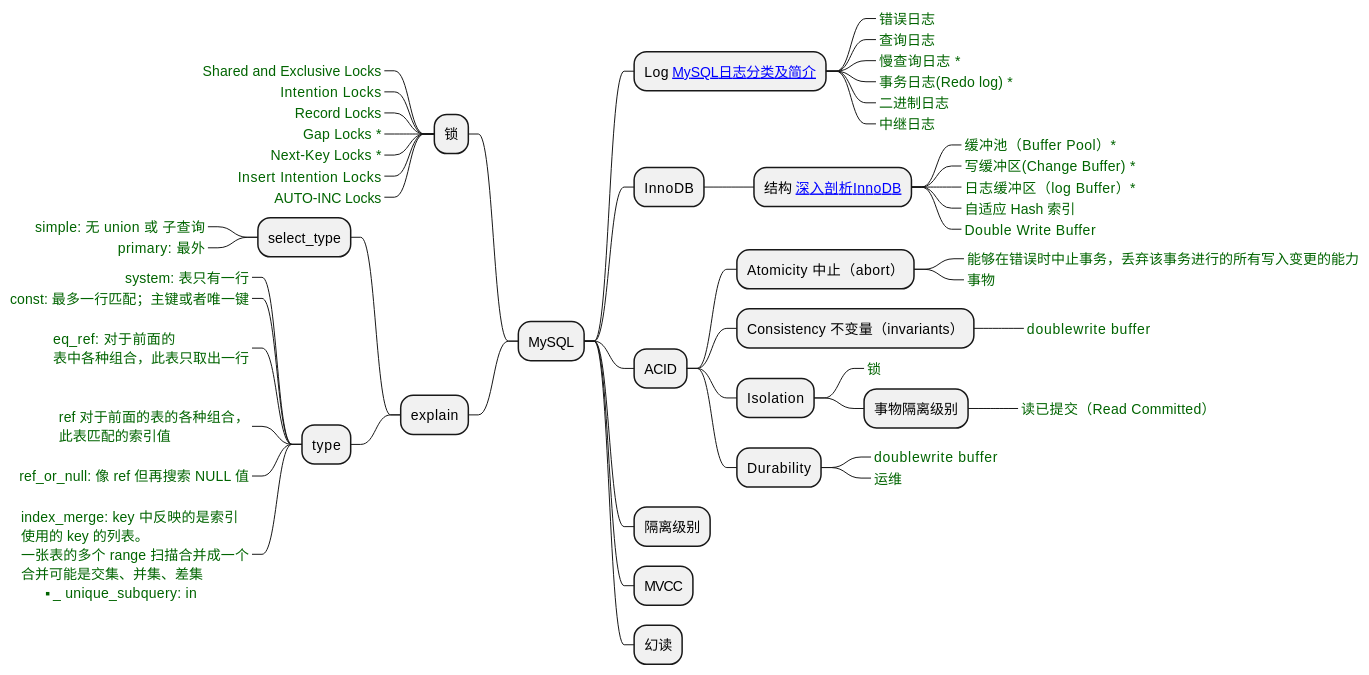
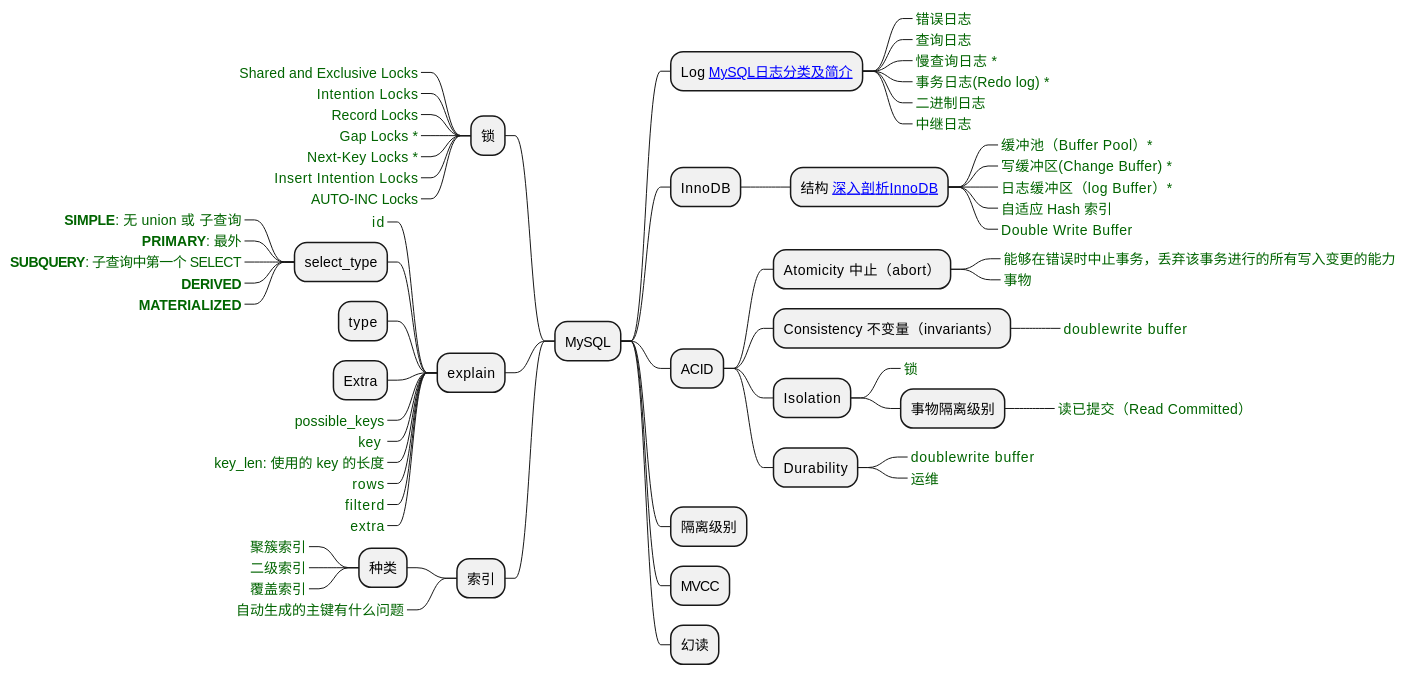
Before and after one commit to Gh0st99/Gh0st99.github.io: the third of 7 diagrams in _posts/2021-05-27-查漏补缺.md, drawn with PlantUML. The commit also changed other lines of this file, not shown here.

````diff
--- a/_posts/2021-05-27-查漏补缺.md
+++ b/_posts/2021-05-27-查漏补缺.md
@@ -69,5 +109,5 @@
 ```plantuml
-@startmindmap
+@startmindmap MySQL 脑图
 <style>
 boxless {
 FontColor darkgreen
@@ -125,28 +165,30 @@
 ***_ AUTO-INC Locks
 
 ** explain
+***_ id
 *** select_type
-****_ simple: 无 union 或 子查询
-****_ primary: 最外
+****_ **SIMPLE**: 无 union 或 子查询
+****_ **PRIMARY**: 最外
+****_ **SUBQUERY**: 子查询中第一个 SELECT
+****_ **DERIVED**
+****_ **MATERIALIZED**
 
 *** type
-****_ system: 表只有一行
-****_ const: 最多一行匹配；主键或者唯一键
-****_: 
-eq_ref:  对于前面的
-表中各种组合，此表只取出一行
-;
-****_:
-ref 对于前面的表的各种组合，
-此表匹配的索引值
-;
-****_ ref_or_null: 像 ref 但再搜索 NULL 值
-****_: 
-index_merge: key 中反映的是索引
-使用的 key 的列表。
-一张表的多个 range 扫描合并成一个
-合并可能是交集、并集、差集
-****_ unique_subquery: in 
-;
+*** Extra
+***_ possible_keys
+***_ key 
+***_ key_len: 使用的 key 的长度
+***_ rows
+***_ filterd
+***_ extra
+
+
+** 索引
+*** 种类
+****_ 聚簇索引
+****_ 二级索引
+****_ 覆盖索引
+***_ 自动生成的主键有什么问题
+
 @endmindmap
 ```
````
